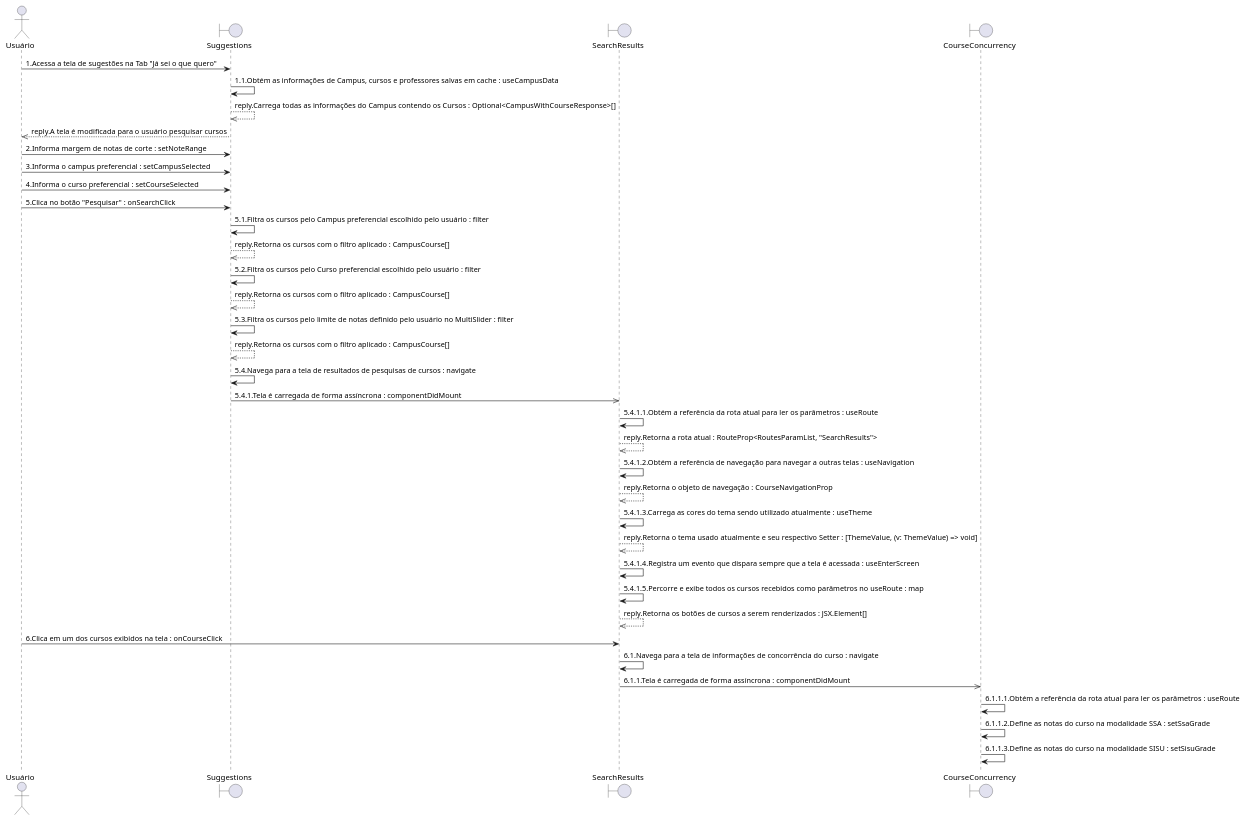
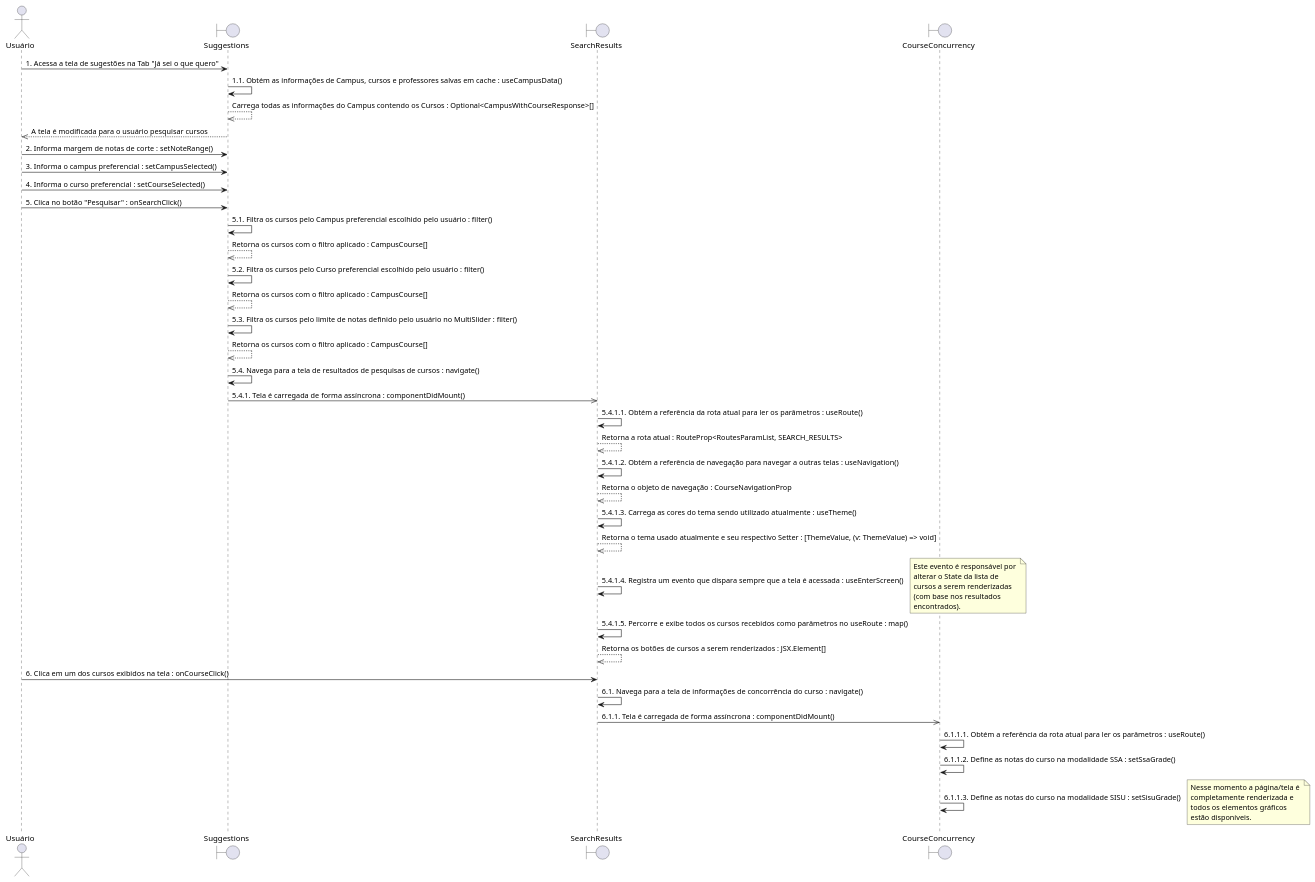
The diagram in src/C1. Visão Geral/C2. Sistema/C3. Endpoints RESTful (Server)/C4. Visão de Processo/[PUML] Sequência - Pesquisa de Cursos.puml (MurylloEx/Seja-UPE-Docs), drawn with PlantUML before and after one commit. The commit also changed 34 other files, not shown here.

Commit message:
:sparkles: feature: Added ALL C4 diagrams.

```diff
--- a/src/C1. Visão Geral/C2. Sistema/C3. Endpoints RESTful (Server)/C4. Visão de Processo/[PUML] Sequência - Pesquisa de Cursos.puml
+++ b/src/C1. Visão Geral/C2. Sistema/C3. Endpoints RESTful (Server)/C4. Visão de Processo/[PUML] Sequência - Pesquisa de Cursos.puml
@@ -1,40 +1,53 @@
-@startuml
+@startuml "Sequence Diagram"
 
-actor "Usuário"
-boundary "Suggestions"
-boundary "SearchResults"
-boundary "CourseConcurrency"
+actor "Usuário"               as USER
+boundary "Suggestions"        as SUGGESTIONS
+boundary "SearchResults"      as SEARCH_RESULTS
+boundary "CourseConcurrency"  as COURSE_CONCURRENCY
 
-"Usuário" -> "Suggestions":1.Acessa a tela de sugestões na Tab "Já sei o que quero"
-"Suggestions" -> "Suggestions":1.1.Obtém as informações de Campus, cursos e professores salvas em cache : useCampusData
-"Suggestions" -->> "Suggestions":reply.Carrega todas as informações do Campus contendo os Cursos : Optional<CampusWithCourseResponse>[]
-"Suggestions" -->> "Usuário":reply.A tela é modificada para o usuário pesquisar cursos
-"Usuário" -> "Suggestions":2.Informa margem de notas de corte : setNoteRange
-"Usuário" -> "Suggestions":3.Informa o campus preferencial : setCampusSelected
-"Usuário" -> "Suggestions":4.Informa o curso preferencial : setCourseSelected
-"Usuário" -> "Suggestions":5.Clica no botão "Pesquisar" : onSearchClick
-"Suggestions" -> "Suggestions":5.1.Filtra os cursos pelo Campus preferencial escolhido pelo usuário : filter
-"Suggestions" -->> "Suggestions":reply.Retorna os cursos com o filtro aplicado : CampusCourse[]
-"Suggestions" -> "Suggestions":5.2.Filtra os cursos pelo Curso preferencial escolhido pelo usuário : filter
-"Suggestions" -->> "Suggestions":reply.Retorna os cursos com o filtro aplicado : CampusCourse[]
-"Suggestions" -> "Suggestions":5.3.Filtra os cursos pelo limite de notas definido pelo usuário no MultiSlider : filter
-"Suggestions" -->> "Suggestions":reply.Retorna os cursos com o filtro aplicado : CampusCourse[]
-"Suggestions" -> "Suggestions":5.4.Navega para a tela de resultados de pesquisas de cursos : navigate
-"Suggestions" ->> "SearchResults":5.4.1.Tela é carregada de forma assíncrona : componentDidMount
-"SearchResults" -> "SearchResults":5.4.1.1.Obtém a referência da rota atual para ler os parâmetros : useRoute
-"SearchResults" -->> "SearchResults":reply.Retorna a rota atual : RouteProp<RoutesParamList, "SearchResults">
-"SearchResults" -> "SearchResults":5.4.1.2.Obtém a referência de navegação para navegar a outras telas : useNavigation
-"SearchResults" -->> "SearchResults":reply.Retorna o objeto de navegação : CourseNavigationProp
-"SearchResults" -> "SearchResults":5.4.1.3.Carrega as cores do tema sendo utilizado atualmente : useTheme
-"SearchResults" -->> "SearchResults":reply.Retorna o tema usado atualmente e seu respectivo Setter : [ThemeValue, (v: ThemeValue) => void]
-"SearchResults" -> "SearchResults":5.4.1.4.Registra um evento que dispara sempre que a tela é acessada : useEnterScreen
-"SearchResults" -> "SearchResults":5.4.1.5.Percorre e exibe todos os cursos recebidos como parâmetros no useRoute : map
-"SearchResults" -->> "SearchResults":reply.Retorna os botões de cursos a serem renderizados : JSX.Element[]
-"Usuário" -> "SearchResults":6.Clica em um dos cursos exibidos na tela : onCourseClick
-"SearchResults" -> "SearchResults":6.1.Navega para a tela de informações de concorrência do curso : navigate
-"SearchResults" ->> "CourseConcurrency":6.1.1.Tela é carregada de forma assíncrona : componentDidMount
-"CourseConcurrency" -> "CourseConcurrency":6.1.1.1.Obtém a referência da rota atual para ler os parâmetros : useRoute
-"CourseConcurrency" -> "CourseConcurrency":6.1.1.2.Define as notas do curso na modalidade SSA : setSsaGrade
-"CourseConcurrency" -> "CourseConcurrency":6.1.1.3.Define as notas do curso na modalidade SISU : setSisuGrade
+USER -> SUGGESTIONS : 1. Acessa a tela de sugestões na Tab "Já sei o que quero"
+SUGGESTIONS -> SUGGESTIONS : 1.1. Obtém as informações de Campus, cursos e professores salvas em cache : useCampusData()
+SUGGESTIONS -->> SUGGESTIONS : Carrega todas as informações do Campus contendo os Cursos : Optional<CampusWithCourseResponse>[]
+SUGGESTIONS -->> USER : A tela é modificada para o usuário pesquisar cursos
+USER -> SUGGESTIONS : 2. Informa margem de notas de corte : setNoteRange()
+USER -> SUGGESTIONS : 3. Informa o campus preferencial : setCampusSelected()
+USER -> SUGGESTIONS : 4. Informa o curso preferencial : setCourseSelected()
+USER -> SUGGESTIONS : 5. Clica no botão "Pesquisar" : onSearchClick()
+SUGGESTIONS -> SUGGESTIONS : 5.1. Filtra os cursos pelo Campus preferencial escolhido pelo usuário : filter()
+SUGGESTIONS -->> SUGGESTIONS : Retorna os cursos com o filtro aplicado : CampusCourse[]
+SUGGESTIONS -> SUGGESTIONS : 5.2. Filtra os cursos pelo Curso preferencial escolhido pelo usuário : filter()
+SUGGESTIONS -->> SUGGESTIONS : Retorna os cursos com o filtro aplicado : CampusCourse[]
+SUGGESTIONS -> SUGGESTIONS : 5.3. Filtra os cursos pelo limite de notas definido pelo usuário no MultiSlider : filter()
+SUGGESTIONS -->> SUGGESTIONS : Retorna os cursos com o filtro aplicado : CampusCourse[]
+SUGGESTIONS -> SUGGESTIONS : 5.4. Navega para a tela de resultados de pesquisas de cursos : navigate()
+SUGGESTIONS ->> SEARCH_RESULTS : 5.4.1. Tela é carregada de forma assíncrona : componentDidMount()
+SEARCH_RESULTS -> SEARCH_RESULTS : 5.4.1.1. Obtém a referência da rota atual para ler os parâmetros : useRoute()
+SEARCH_RESULTS -->> SEARCH_RESULTS : Retorna a rota atual : RouteProp<RoutesParamList, SEARCH_RESULTS>
+SEARCH_RESULTS -> SEARCH_RESULTS : 5.4.1.2. Obtém a referência de navegação para navegar a outras telas : useNavigation()
+SEARCH_RESULTS -->> SEARCH_RESULTS : Retorna o objeto de navegação : CourseNavigationProp
+SEARCH_RESULTS -> SEARCH_RESULTS : 5.4.1.3. Carrega as cores do tema sendo utilizado atualmente : useTheme()
+SEARCH_RESULTS -->> SEARCH_RESULTS : Retorna o tema usado atualmente e seu respectivo Setter : [ThemeValue, (v: ThemeValue) => void]
+SEARCH_RESULTS -> SEARCH_RESULTS : 5.4.1.4. Registra um evento que dispara sempre que a tela é acessada : useEnterScreen()
+note right
+  Este evento é responsável por 
+  alterar o State da lista de 
+  cursos a serem renderizadas 
+  (com base nos resultados 
+  encontrados).
+end note
+SEARCH_RESULTS -> SEARCH_RESULTS : 5.4.1.5. Percorre e exibe todos os cursos recebidos como parâmetros no useRoute : map()
+SEARCH_RESULTS -->> SEARCH_RESULTS : Retorna os botões de cursos a serem renderizados : JSX.Element[]
+USER -> SEARCH_RESULTS : 6. Clica em um dos cursos exibidos na tela : onCourseClick()
+SEARCH_RESULTS -> SEARCH_RESULTS : 6.1. Navega para a tela de informações de concorrência do curso : navigate()
+SEARCH_RESULTS ->> COURSE_CONCURRENCY : 6.1.1. Tela é carregada de forma assíncrona : componentDidMount()
+COURSE_CONCURRENCY -> COURSE_CONCURRENCY : 6.1.1.1. Obtém a referência da rota atual para ler os parâmetros : useRoute()
+COURSE_CONCURRENCY -> COURSE_CONCURRENCY : 6.1.1.2. Define as notas do curso na modalidade SSA : setSsaGrade()
+COURSE_CONCURRENCY -> COURSE_CONCURRENCY : 6.1.1.3. Define as notas do curso na modalidade SISU : setSisuGrade()
+note right
+  Nesse momento a página/tela é 
+  completamente renderizada e 
+  todos os elementos gráficos 
+  estão disponíveis.
+end note
 
 @enduml
```
